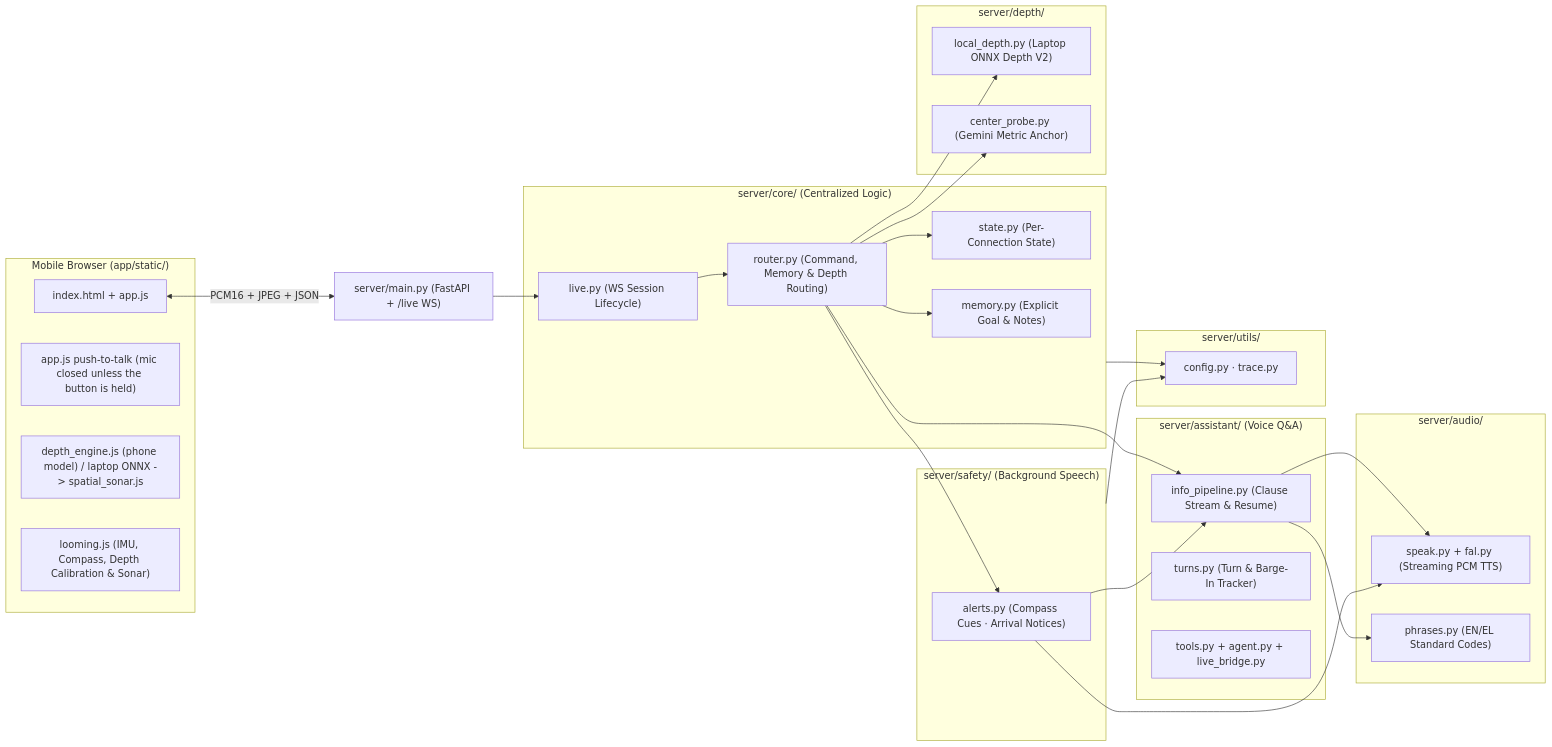
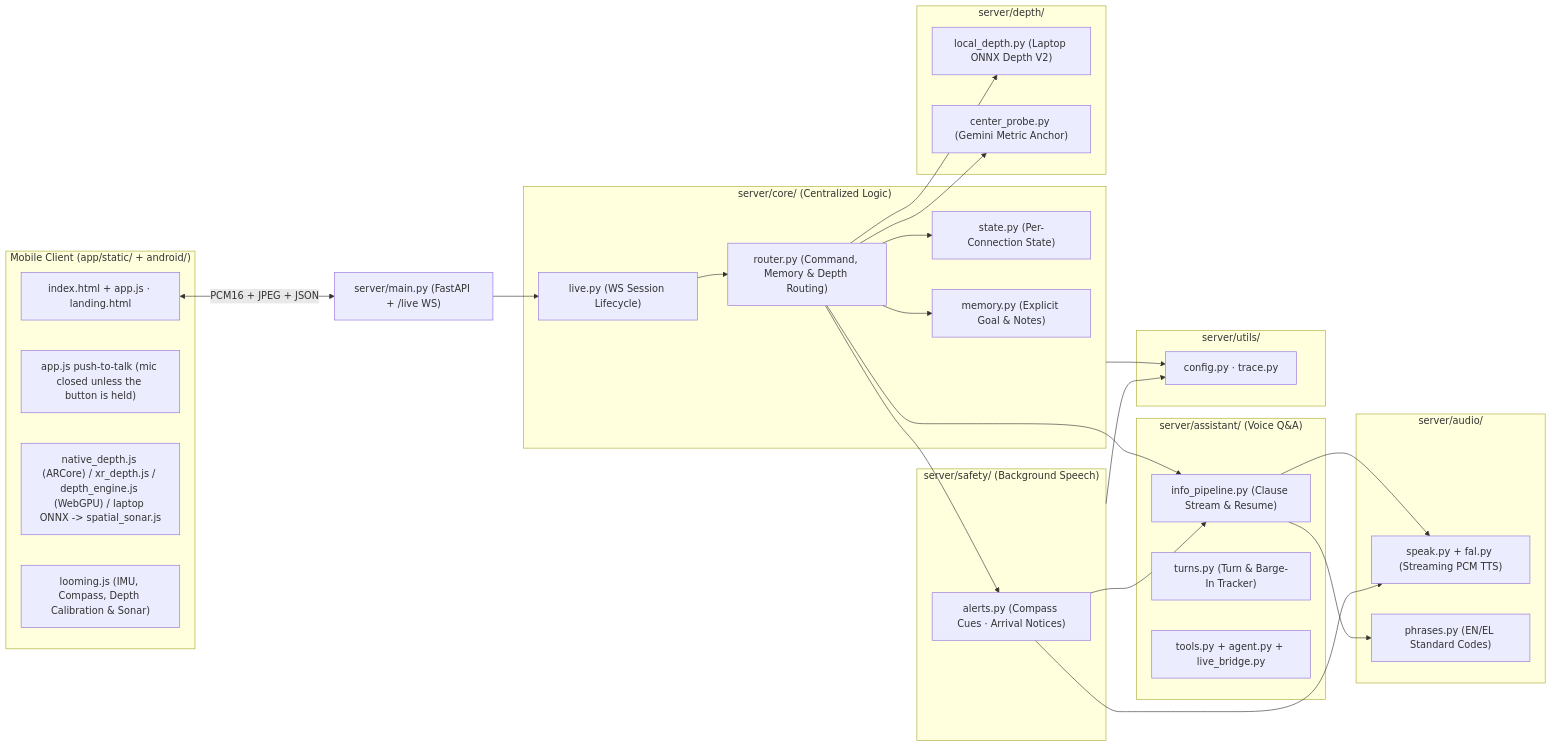
One commit to Mike17K/genaisummit2026 changed the first of 2 diagrams in app/README.md. Above: the diagram before and after it, drawn with Mermaid. The commit also changed other lines of this file and 1 other file, not shown here.

Commit message:
docs: update README and app/README with latest architecture, Android ARCore depth, and quickstart

````diff
--- a/app/README.md
+++ b/app/README.md
@@ -11,57 +11,57 @@
 ```mermaid
 flowchart LR
-    subgraph Client["Mobile Browser (app/static/)"]
-        UI["index.html + app.js"]
+    subgraph Client["Mobile Client (app/static/ + android/)"]
+        UI["index.html + app.js · landing.html"]
         MG["app.js push-to-talk (mic closed unless the button is held)"]
-        DW["depth_engine.js (phone model) / laptop ONNX -> spatial_sonar.js"]
+        DW["native_depth.js (ARCore) / xr_depth.js / depth_engine.js (WebGPU) / laptop ONNX -> spatial_sonar.js"]
         LM["looming.js (IMU, Compass, Depth Calibration & Sonar)"]
     end
 
     Entry["server/main.py (FastAPI + /live WS)"]
 
     subgraph Core["server/core/ (Centralized Logic)"]
         LIVE["live.py (WS Session Lifecycle)"]
         RTR["router.py (Command, Memory & Depth Routing)"]
         ST["state.py (Per-Connection State)"]
         MEM["memory.py (Explicit Goal & Notes)"]
     end
 
     subgraph Assistant["server/assistant/ (Voice Q&A)"]
         INFO["info_pipeline.py (Clause Stream & Resume)"]
         TRN["turns.py (Turn & Barge-In Tracker)"]
         TLS["tools.py + agent.py + live_bridge.py"]
     end
 
     subgraph Safety["server/safety/ (Background Speech)"]
         ALT["alerts.py (Compass Cues · Arrival Notices)"]
     end
 
     subgraph Depth["server/depth/"]
         LDP["local_depth.py (Laptop ONNX Depth V2)"]
         CPR["center_probe.py (Gemini Metric Anchor)"]
     end
 
     subgraph Audio["server/audio/"]
         SPK["speak.py + fal.py (Streaming PCM TTS)"]
         PHR["phrases.py (EN/EL Standard Codes)"]
     end
 
     subgraph Utils["server/utils/"]
         UTL["config.py · trace.py"]
     end
 
     UI <-->|"PCM16 + JPEG + JSON"| Entry
     Entry --> LIVE --> RTR
     RTR --> ST
     RTR --> MEM
     RTR --> INFO
     RTR --> ALT
     RTR --> LDP
     INFO --> SPK
     INFO --> PHR
     ALT --> INFO
     ALT --> SPK
     RTR --> CPR
     Core --> UTL
     Safety --> UTL
 ```
````
